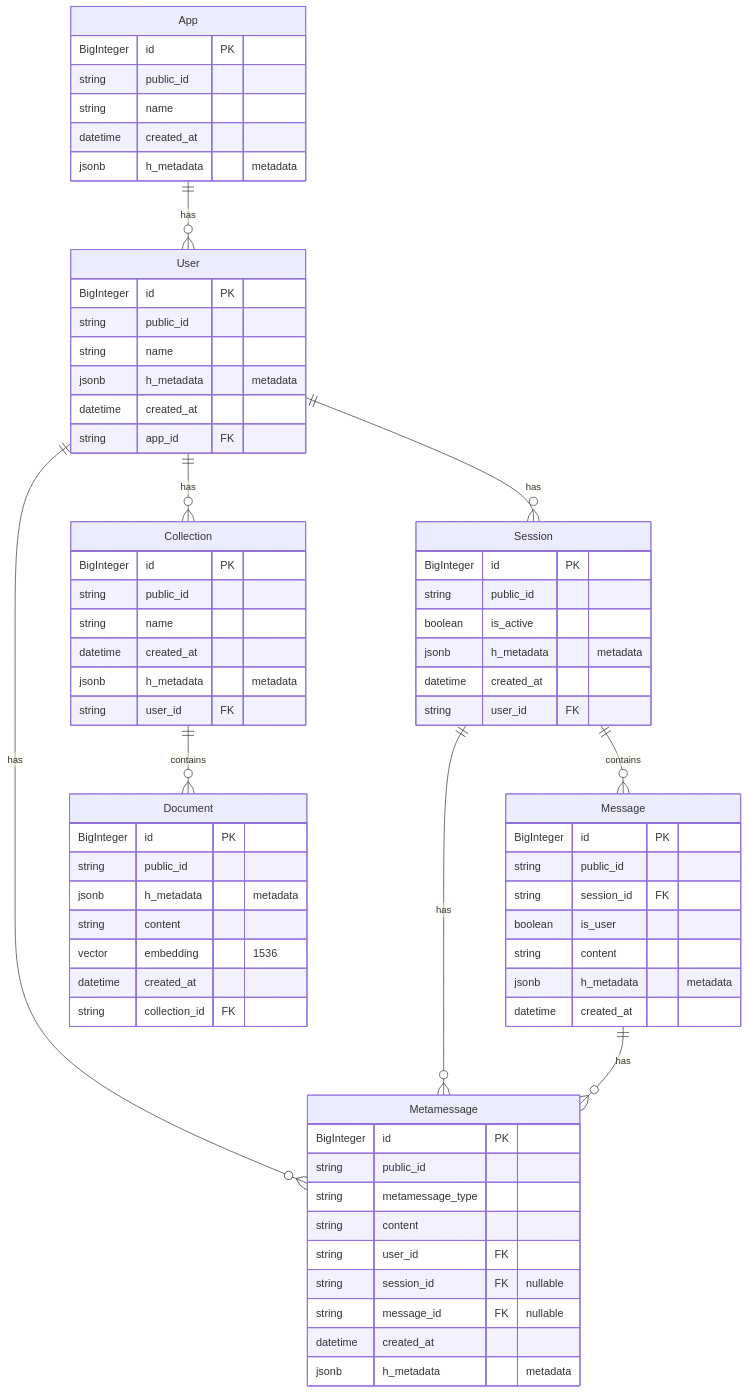
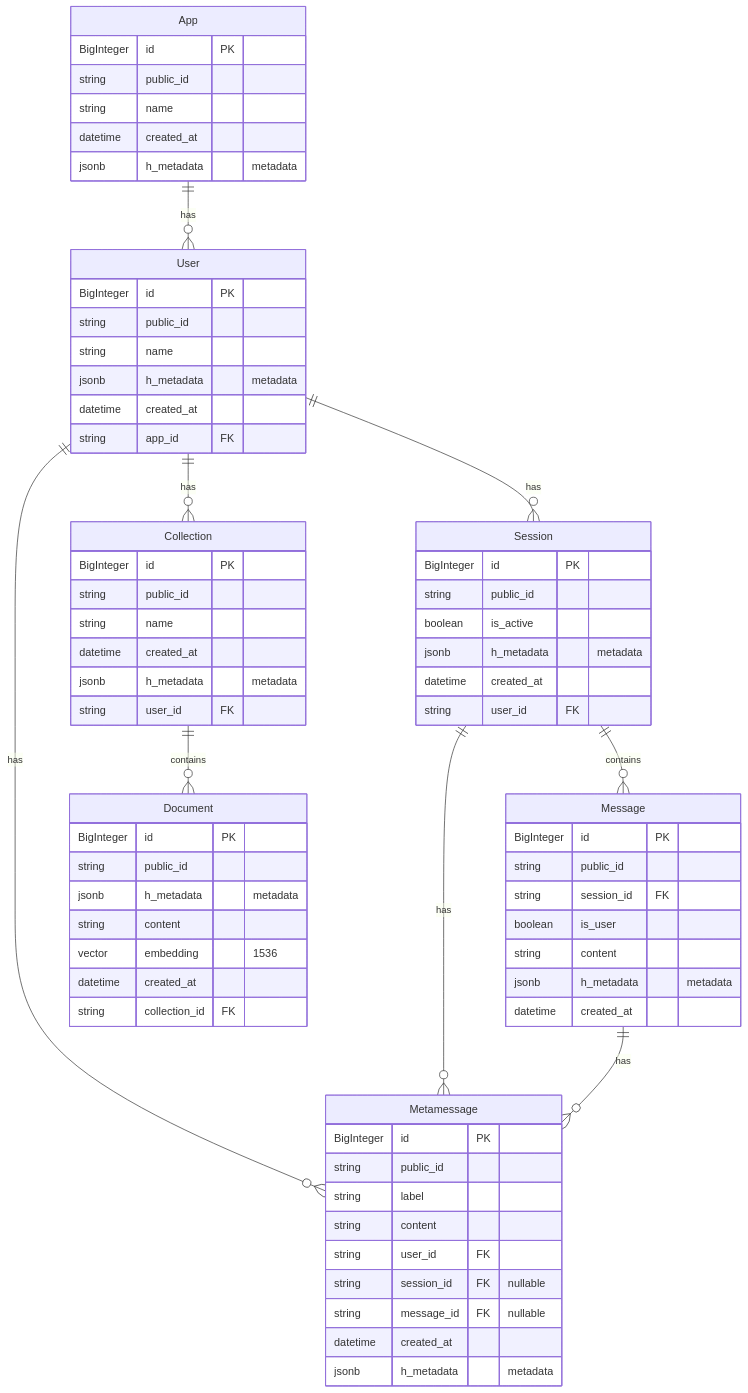
One commit to plastic-labs/honcho changed the diagram in docs/getting-started/architecture.mdx. Above: the diagram before and after it, drawn with Mermaid. The commit also changed 4 other files, not shown here.

Commit message:
fix (docs): Update docs to reference label instead of metamessage type

````diff
--- a/docs/getting-started/architecture.mdx
+++ b/docs/getting-started/architecture.mdx
@@ -38,78 +38,78 @@
 ```mermaid
 erDiagram
     App ||--o{ User : "has"
     User ||--o{ Session : "has"
     User ||--o{ Collection : "has"
     User ||--o{ Metamessage : "has"
     Session ||--o{ Message : "contains"
     Session ||--o{ Metamessage : "has"
     Message ||--o{ Metamessage : "has"
     Collection ||--o{ Document : "contains"
 
     App {
         BigInteger id PK
         string public_id
         string name
         datetime created_at
         jsonb h_metadata "metadata"
     }
     
     User {
         BigInteger id PK
         string public_id
         string name
         jsonb h_metadata "metadata"
         datetime created_at
         string app_id FK
     }
     
     Session {
         BigInteger id PK
         string public_id
         boolean is_active
         jsonb h_metadata "metadata"
         datetime created_at
         string user_id FK
     }
     
     Message {
         BigInteger id PK
         string public_id
         string session_id FK
         boolean is_user
         string content
         jsonb h_metadata "metadata"
         datetime created_at
     }
     
     Metamessage {
         BigInteger id PK
         string public_id
-        string metamessage_type
+        string label
         string content
         string user_id FK
         string session_id FK "nullable"
         string message_id FK "nullable"
         datetime created_at
         jsonb h_metadata "metadata"
     }
     
     Collection {
         BigInteger id PK
         string public_id
         string name
         datetime created_at
         jsonb h_metadata "metadata"
         string user_id FK
     }
     
     Document {
         BigInteger id PK
         string public_id
         jsonb h_metadata "metadata"
         string content
         vector embedding "1536"
         datetime created_at
         string collection_id FK
     }
 ```
````
